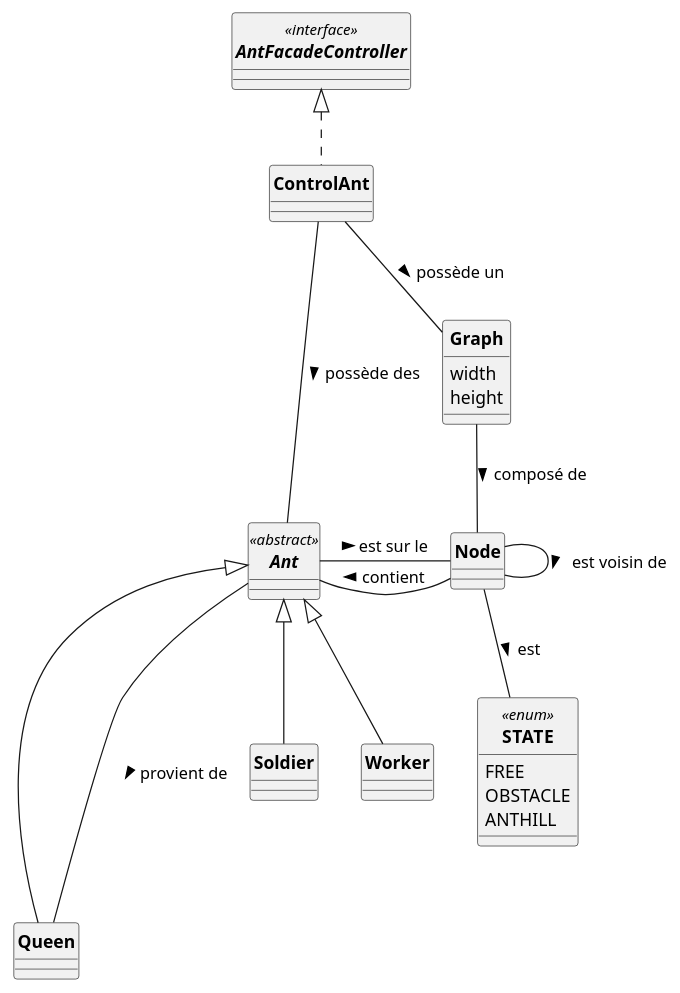
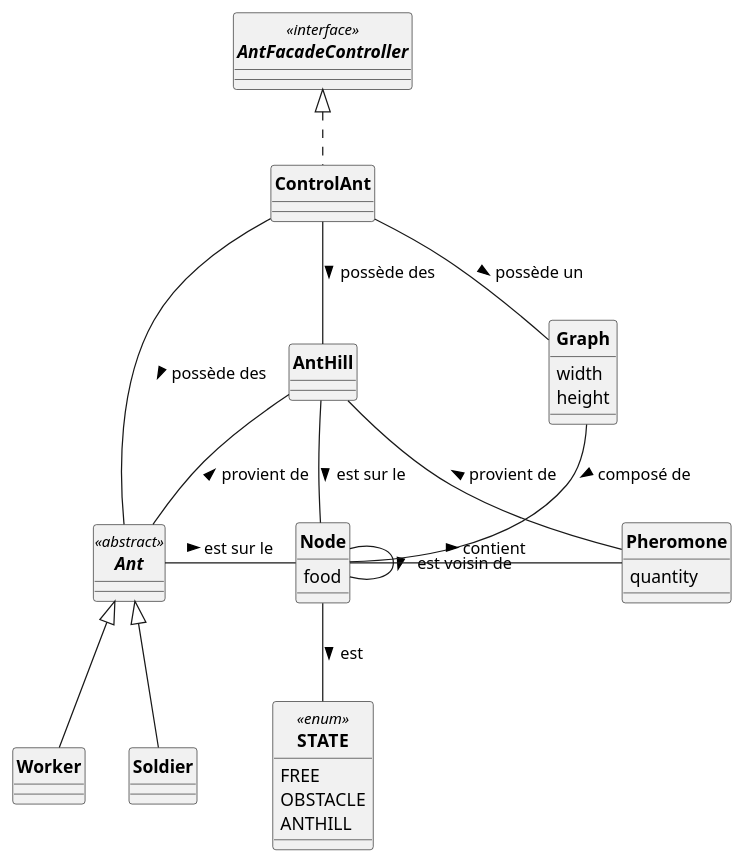
The diagram in src/main/uml/Fourmis_DCa.puml (ErenMustafaGit/ColonieFourmis), drawn with PlantUML before and after one commit. The commit also changed 10 other files, not shown here.

Commit message:
Fourmis_DC et DCa : AntHill Renommé Queen en Anthill ControlAnt : play

```diff
--- a/src/main/uml/Fourmis_DCa.puml
+++ b/src/main/uml/Fourmis_DCa.puml
@@ -1,61 +1,69 @@
 @startuml
 'https://plantuml.com/sequence-diagram
 skinparam style strictuml
 skinparam classAttributeIconSize 0
 skinparam circledCharacterRadius 0
 skinparam circledCharacterFontSize 0
 skinparam classFontStyle Bold
 'autonumber
 
 
 interface AntFacadeController<<interface>>{
 
 }
 
 enum STATE <<enum>> {
     FREE
     OBSTACLE
     ANTHILL
 }
 
 
 class Graph {
      width
      height
 }
 class Node{
+    food
 }
 
 
 
 abstract Ant <<abstract>>{
 
 }
 
-class Queen extends Ant{
+class AntHill {
 
 }
 
 class Soldier extends Ant{
 
 }
 
 class Worker extends Ant{
 }
 
 
 class ControlAnt implements AntFacadeController{
+}
 
+class Pheromone{
+    quantity
 }
 
 Node - Node : est voisin de >
 ControlAnt -- Graph : possède un >
 ControlAnt --- Ant : possède des >
+ControlAnt -- AntHill : possède des >
 Graph -- Node : composé de >
 Ant  - Node : est sur le >
 Node --  STATE : est >
-Node - Ant : contient >
+Node - Pheromone : contient >
+Node - AntHill : est sur le <
 
-Ant --- Queen : provient de >
+Ant -u- AntHill : provient de >
+Pheromone - AntHill : provient de >
+
 
 @enduml
```
